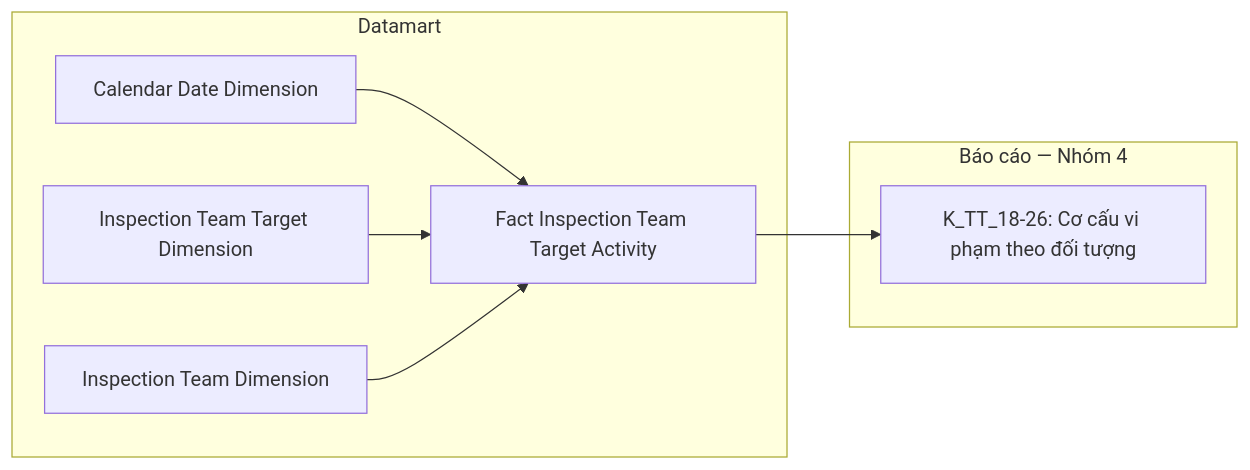
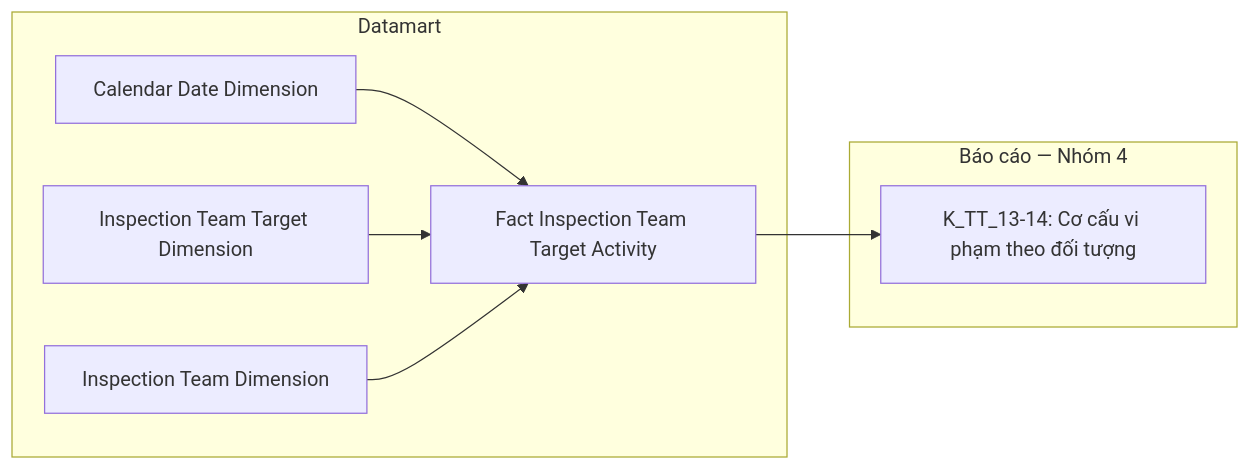
One commit to linhlvit/ubck_atomic_design changed diagram 20 of 50 in Datamart/hld/DTM_TT_HLD.md. Above: the diagram before and after it, drawn with Mermaid. The commit also changed other lines of this file and 8 other files, not shown here.

````diff
--- a/Datamart/hld/DTM_TT_HLD.md
+++ b/Datamart/hld/DTM_TT_HLD.md
@@ -703,16 +696,16 @@
 ```mermaid
 flowchart LR
     subgraph Datamart["Datamart"]
         G1["Fact Inspection Team Target Activity"]
         G2["Calendar Date Dimension"]
         G3["Inspection Team Target Dimension"]
         G4["Inspection Team Dimension"]
     end
     subgraph RPT["Báo cáo — Nhóm 4"]
-        R1["K_TT_18-26: Cơ cấu vi phạm theo đối tượng"]
+        R1["K_TT_13-14: Cơ cấu vi phạm theo đối tượng"]
     end
     G2 --> G1
     G3 --> G1
     G4 --> G1
     G1 --> R1
 ```
````
